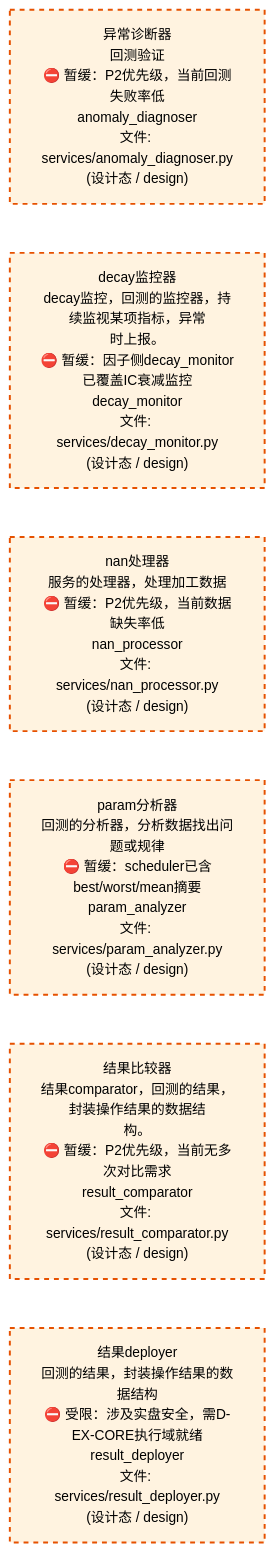
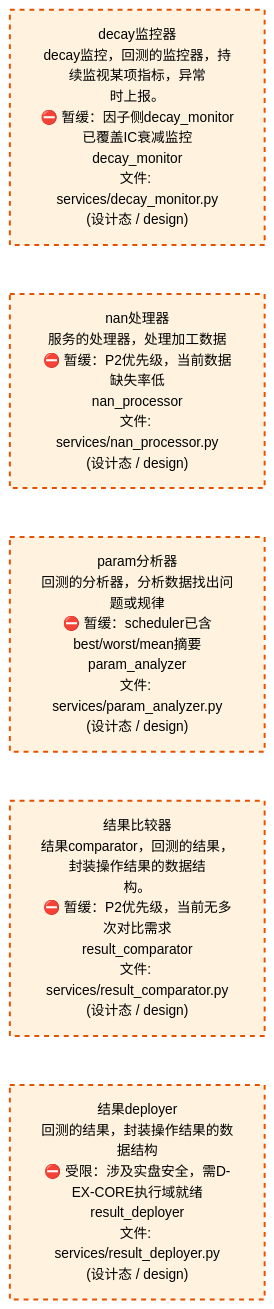
Before and after one commit to xuanFelixVan/ZephyrAlpha: the third of 4 diagrams in docs/02_enterprise_architecture/02_domain_architecture_docs/35_d_backtest.md, drawn with Mermaid. The commit also changed other lines of this file and 4 other files, not shown here.

````diff
--- a/docs/02_enterprise_architecture/02_domain_architecture_docs/35_d_backtest.md
+++ b/docs/02_enterprise_architecture/02_domain_architecture_docs/35_d_backtest.md
@@ -276,20 +280,18 @@
 ```mermaid
 %%{init: {'theme': 'base', 'themeVariables': {'primaryColor': '#eaeaea', 'primaryTextColor': '#333333', 'primaryBorderColor': '#666666', 'lineColor': '#666666', 'secondaryColor': '#eaeaea', 'tertiaryColor': '#eaeaea', 'fontSize': '14px'}}}%%
 flowchart TD
-    src_zephyr_backtest_services_anomaly_diagnoser_py["异常诊断器<br/>回测验证<br/>⛔ 暂缓：P2优先级，当前回测失败率低<br/>anomaly_diagnoser<br/>文件: services/anomaly_diagnoser.py<br/>(设计态 / design)"]
     src_zephyr_backtest_services_decay_monitor_py["decay监控器<br/>decay监控，回测的监控器，持续监视某项指标，异常<br/>时上报。<br/>⛔ 暂缓：因子侧decay_monitor已覆盖IC衰减监控<br/>decay_monitor<br/>文件: services/decay_monitor.py<br/>(设计态 / design)"]
     src_zephyr_backtest_services_nan_processor_py["nan处理器<br/>服务的处理器，处理加工数据<br/>⛔ 暂缓：P2优先级，当前数据缺失率低<br/>nan_processor<br/>文件: services/nan_processor.py<br/>(设计态 / design)"]
     src_zephyr_backtest_services_param_analyzer_py["param分析器<br/>回测的分析器，分析数据找出问题或规律<br/>⛔ 暂缓：scheduler已含best/worst/mean摘要<br/>param_analyzer<br/>文件: services/param_analyzer.py<br/>(设计态 / design)"]
     src_zephyr_backtest_services_result_comparator_py["结果比较器<br/>结果comparator，回测的结果，封装操作结果的数据结<br/>构。<br/>⛔ 暂缓：P2优先级，当前无多次对比需求<br/>result_comparator<br/>文件: services/result_comparator.py<br/>(设计态 / design)"]
     src_zephyr_backtest_services_result_deployer_py["结果deployer<br/>回测的结果，封装操作结果的数据结构<br/>⛔ 受限：涉及实盘安全，需D-EX-CORE执行域就绪<br/>result_deployer<br/>文件: services/result_deployer.py<br/>(设计态 / design)"]
-    src_zephyr_backtest_services_anomaly_diagnoser_py ~~~ src_zephyr_backtest_services_decay_monitor_py
     src_zephyr_backtest_services_decay_monitor_py ~~~ src_zephyr_backtest_services_nan_processor_py
     src_zephyr_backtest_services_nan_processor_py ~~~ src_zephyr_backtest_services_param_analyzer_py
     src_zephyr_backtest_services_param_analyzer_py ~~~ src_zephyr_backtest_services_result_comparator_py
     src_zephyr_backtest_services_result_comparator_py ~~~ src_zephyr_backtest_services_result_deployer_py
     classDef production fill:#e1f5fe,stroke:#01579b,stroke-width:2px,color:#000
     classDef design fill:#fff3e0,stroke:#e65100,stroke-width:2px,color:#000,stroke-dasharray: 5 5
     classDef external_prod fill:#e8f4fd,stroke:#0277bd,stroke-width:1px,color:#000
     classDef external_design fill:#fff8e7,stroke:#ef6c00,stroke-width:1px,color:#000,stroke-dasharray: 5 5
-    class src_zephyr_backtest_services_anomaly_diagnoser_py,src_zephyr_backtest_services_decay_monitor_py,src_zephyr_backtest_services_nan_processor_py,src_zephyr_backtest_services_param_analyzer_py,src_zephyr_backtest_services_result_comparator_py,src_zephyr_backtest_services_result_deployer_py design
+    class src_zephyr_backtest_services_decay_monitor_py,src_zephyr_backtest_services_nan_processor_py,src_zephyr_backtest_services_param_analyzer_py,src_zephyr_backtest_services_result_comparator_py,src_zephyr_backtest_services_result_deployer_py design
 ```
````
